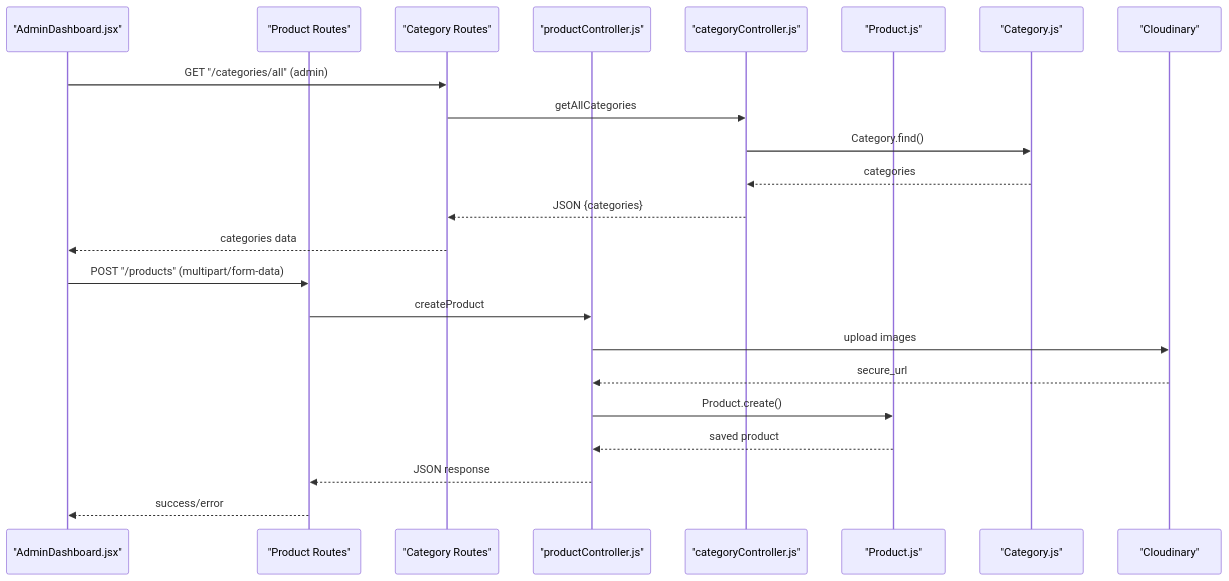
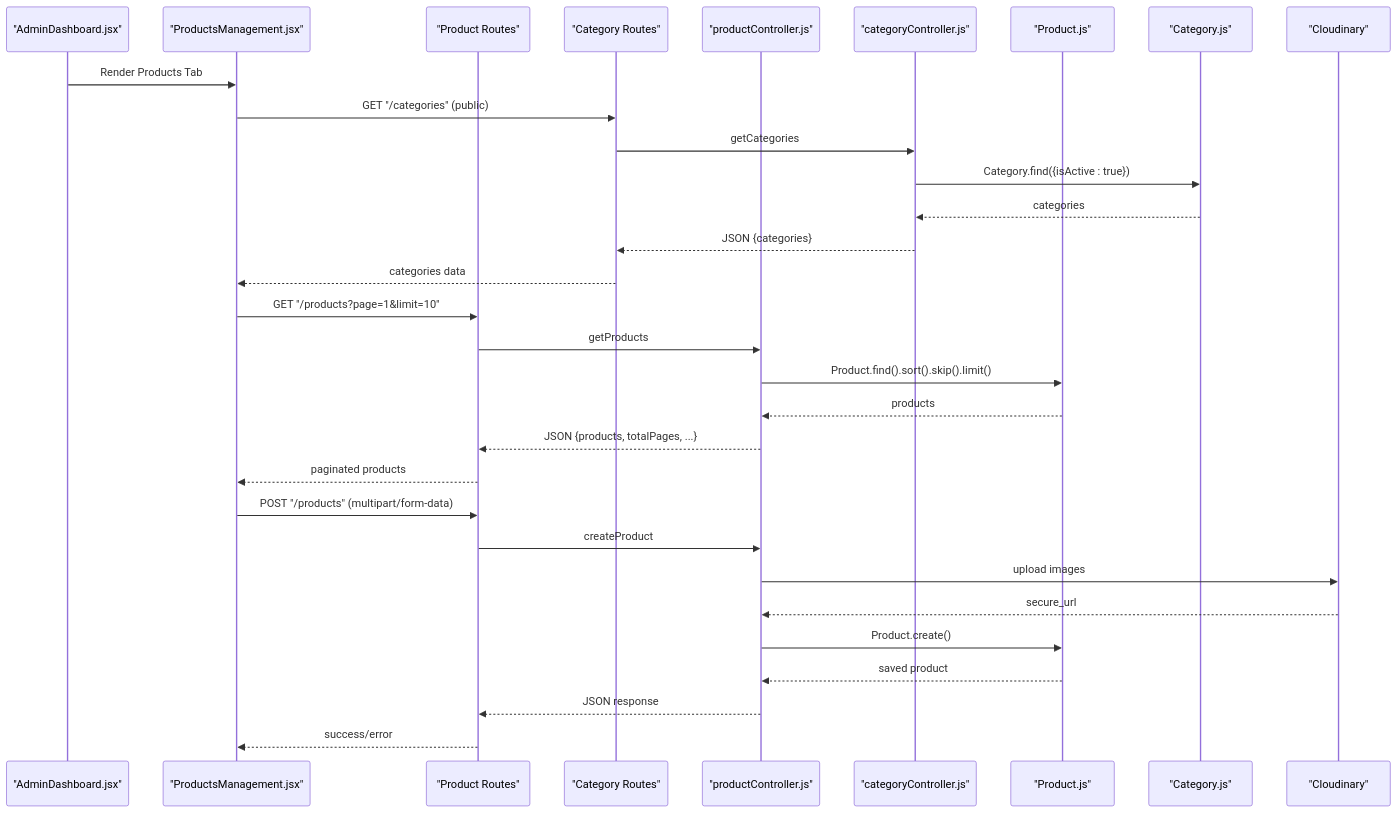
Before and after one commit to Pavan-PSPK9032/TrendsandToss: the second of 15 diagrams in .qoder/repowiki/en/content/Admin Dashboard/Product Administration/Product Administration.md, drawn with Mermaid. The commit also changed other lines of this file and 24 other files, not shown here.

````diff
--- a/.qoder/repowiki/en/content/Admin Dashboard/Product Administration/Product Administration.md
+++ b/.qoder/repowiki/en/content/Admin Dashboard/Product Administration/Product Administration.md
@@ -143,25 +147,33 @@
 ```mermaid
 sequenceDiagram
 participant Admin as "AdminDashboard.jsx"
+participant ProdComp as "ProductsManagement.jsx"
 participant ProdAPI as "Product Routes"
 participant CatAPI as "Category Routes"
 participant ProdCtrl as "productController.js"
 participant CatCtrl as "categoryController.js"
 participant ProdModel as "Product.js"
 participant CatModel as "Category.js"
 participant Cloud as "Cloudinary"
-Admin->>CatAPI : GET "/categories/all" (admin)
-CatAPI->>CatCtrl : getAllCategories
-CatCtrl->>CatModel : Category.find()
+Admin->>ProdComp : Render Products Tab
+ProdComp->>CatAPI : GET "/categories" (public)
+CatAPI->>CatCtrl : getCategories
+CatCtrl->>CatModel : Category.find({isActive : true})
 CatModel-->>CatCtrl : categories
 CatCtrl-->>CatAPI : JSON {categories}
-CatAPI-->>Admin : categories data
-Admin->>ProdAPI : POST "/products" (multipart/form-data)
+CatAPI-->>ProdComp : categories data
+ProdComp->>ProdAPI : GET "/products?page=1&limit=10"
+ProdAPI->>ProdCtrl : getProducts
+ProdCtrl->>ProdModel : Product.find().sort().skip().limit()
+ProdModel-->>ProdCtrl : products
+ProdCtrl-->>ProdAPI : JSON {products, totalPages, ...}
+ProdAPI-->>ProdComp : paginated products
+ProdComp->>ProdAPI : POST "/products" (multipart/form-data)
 ProdAPI->>ProdCtrl : createProduct
 ProdCtrl->>Cloud : upload images
 Cloud-->>ProdCtrl : secure_url
 ProdCtrl->>ProdModel : Product.create()
 ProdModel-->>ProdCtrl : saved product
 ProdCtrl-->>ProdAPI : JSON response
-ProdAPI-->>Admin : success/error
+ProdAPI-->>ProdComp : success/error
 ```
````
